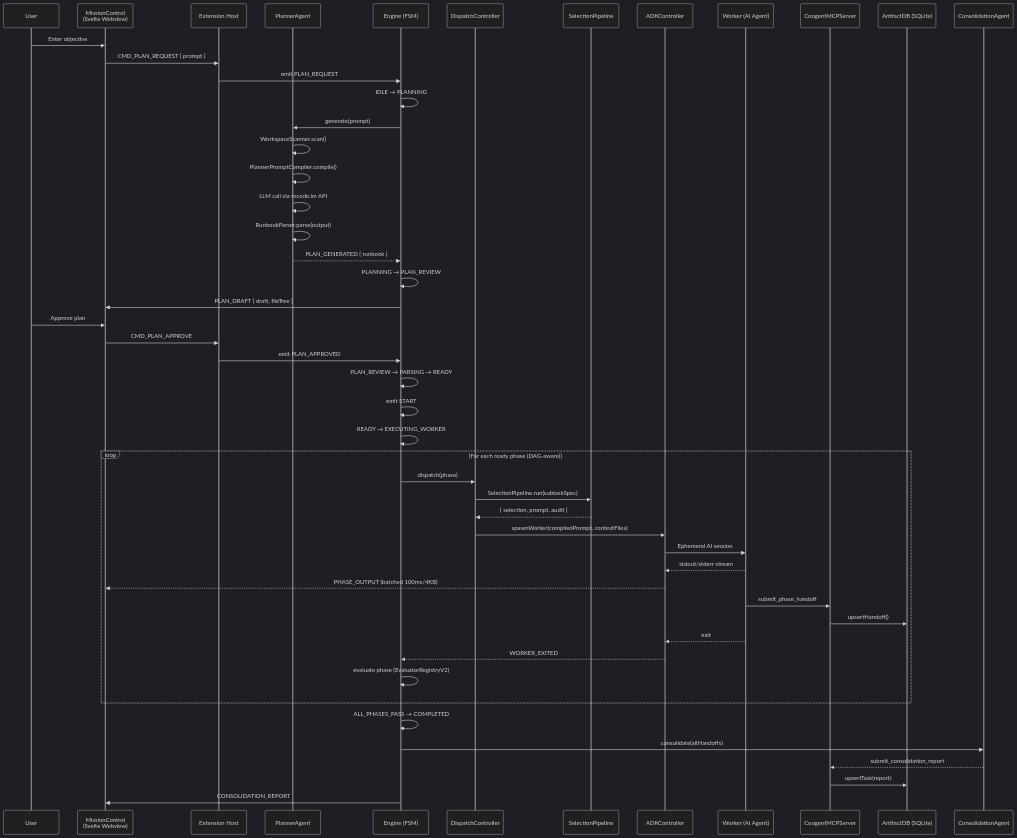
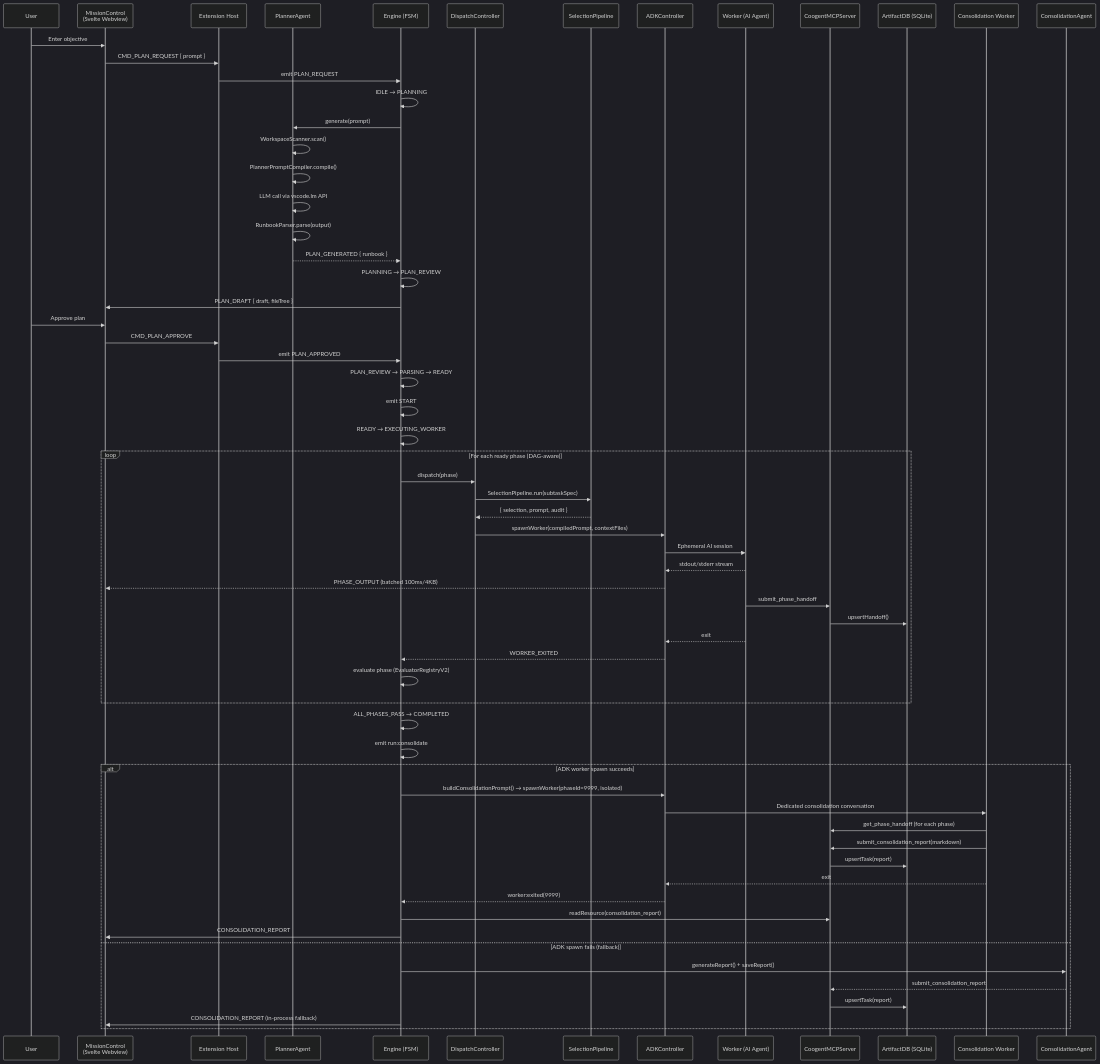
The diagram in docs/architecture.md (lehoa1806/coogent), drawn with Mermaid (dark theme) before and after one commit. The commit also changed other lines of this file and 4 other files, not shown here.

````diff
--- a/docs/architecture.md
+++ b/docs/architecture.md
@@ -927,59 +927,74 @@
 ```mermaid
 sequenceDiagram
     participant U as User
     participant MC as MissionControl<br/>(Svelte Webview)
     participant EH as Extension Host
     participant PA as PlannerAgent
     participant E as Engine (FSM)
     participant DC as DispatchController
     participant SP as SelectionPipeline
     participant ADK as ADKController
     participant W as Worker (AI Agent)
     participant MCP as CoogentMCPServer
     participant DB as ArtifactDB (SQLite)
+    participant CW as Consolidation Worker
     participant CA as ConsolidationAgent
 
     U->>MC: Enter objective
     MC->>EH: CMD_PLAN_REQUEST { prompt }
     EH->>E: emit PLAN_REQUEST
     E->>E: IDLE → PLANNING
 
     E->>PA: generate(prompt)
     PA->>PA: WorkspaceScanner.scan()
     PA->>PA: PlannerPromptCompiler.compile()
     PA->>PA: LLM call via vscode.lm API
     PA->>PA: RunbookParser.parse(output)
     PA-->>E: PLAN_GENERATED { runbook }
 
     E->>E: PLANNING → PLAN_REVIEW
     E->>MC: PLAN_DRAFT { draft, fileTree }
 
     U->>MC: Approve plan
     MC->>EH: CMD_PLAN_APPROVE
     EH->>E: emit PLAN_APPROVED
     E->>E: PLAN_REVIEW → PARSING → READY
 
     E->>E: emit START
     E->>E: READY → EXECUTING_WORKER
 
     loop For each ready phase (DAG-aware)
         E->>DC: dispatch(phase)
         DC->>SP: SelectionPipeline.run(subtaskSpec)
         SP-->>DC: { selection, prompt, audit }
         DC->>ADK: spawnWorker(compiledPrompt, contextFiles)
         ADK->>W: Ephemeral AI session
         W-->>ADK: stdout/stderr stream
         ADK-->>MC: PHASE_OUTPUT (batched 100ms/4KB)
         W->>MCP: submit_phase_handoff
         MCP->>DB: upsertHandoff()
         W-->>ADK: exit
         ADK-->>E: WORKER_EXITED
         E->>E: evaluate phase (EvaluatorRegistryV2)
     end
 
     E->>E: ALL_PHASES_PASS → COMPLETED
-    E->>CA: consolidate(allHandoffs)
-    CA-->>MCP: submit_consolidation_report
-    MCP->>DB: upsertTask(report)
-    E->>MC: CONSOLIDATION_REPORT
+    E->>E: emit run:consolidate
+
+    alt ADK worker spawn succeeds
+        E->>ADK: buildConsolidationPrompt() → spawnWorker(phaseId=9999, isolated)
+        ADK->>CW: Dedicated consolidation conversation
+        CW->>MCP: get_phase_handoff (for each phase)
+        CW->>MCP: submit_consolidation_report(markdown)
+        MCP->>DB: upsertTask(report)
+        CW-->>ADK: exit
+        ADK-->>E: worker:exited(9999)
+        E->>MCP: readResource(consolidation_report)
+        E->>MC: CONSOLIDATION_REPORT
+    else ADK spawn fails (fallback)
+        E->>CA: generateReport() + saveReport()
+        CA-->>MCP: submit_consolidation_report
+        MCP->>DB: upsertTask(report)
+        E->>MC: CONSOLIDATION_REPORT (in-process fallback)
+    end
 ```
````
